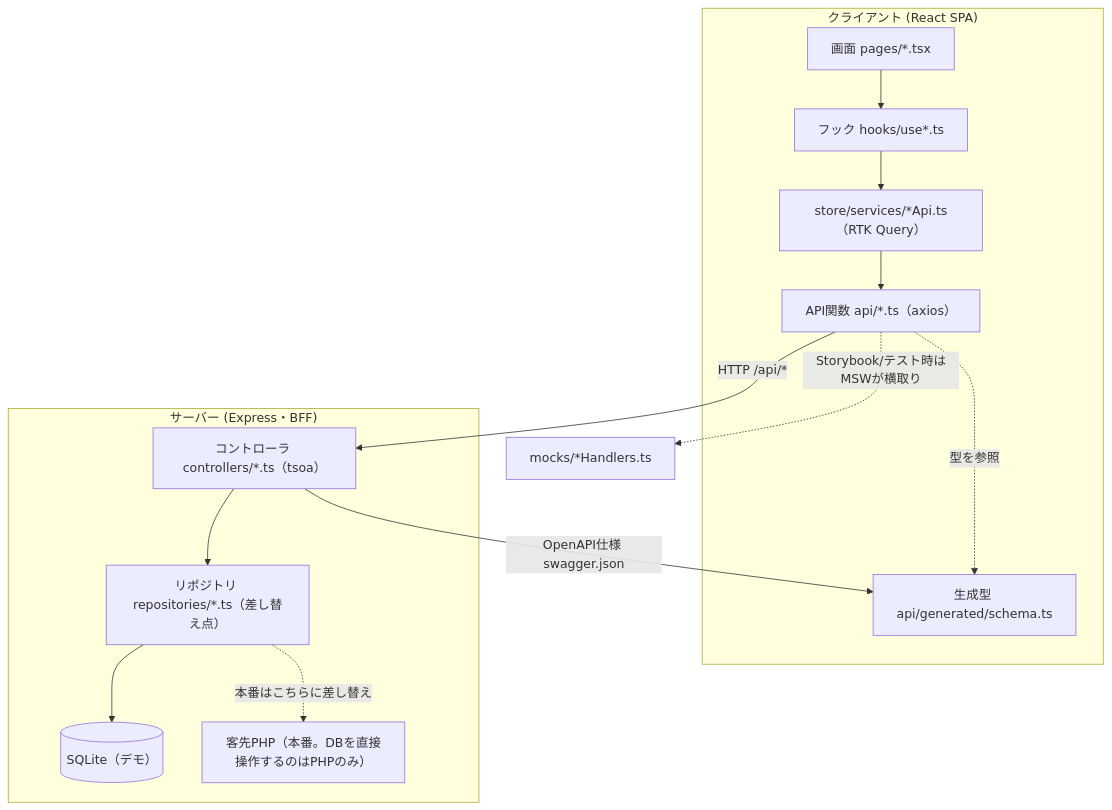
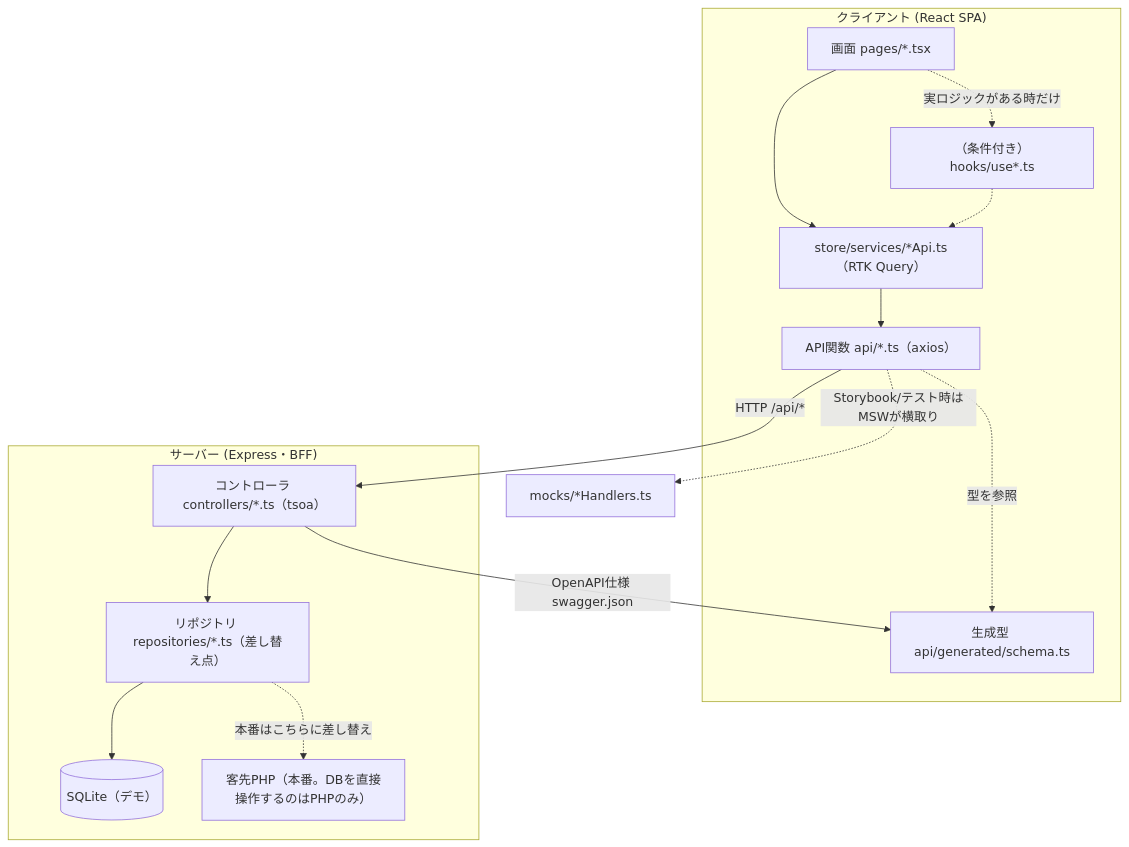
One commit to katsya1117/dmt changed the diagram in docs/design/07_アプリケーション方式設計書.md. Above: the diagram before and after it, drawn with Mermaid. The commit also changed other lines of this file and 24 other files, not shown here.

````diff
--- a/docs/design/07_アプリケーション方式設計書.md
+++ b/docs/design/07_アプリケーション方式設計書.md
@@ -19,26 +20,26 @@
 ```mermaid
 flowchart TB
   subgraph client["クライアント (React SPA)"]
     Page["画面 pages/*.tsx"]
-    Hook["フック hooks/use*.ts"]
     RtkApi["store/services/*Api.ts（RTK Query）"]
     Api["API関数 api/*.ts（axios）"]
     Schema["生成型 api/generated/schema.ts"]
-    Page --> Hook --> RtkApi --> Api
+    Page --> RtkApi --> Api
+    Page -.->|"実ロジックがある時だけ"| Hook["（条件付き）hooks/use*.ts"] -.-> RtkApi
     Api -. 型を参照 .-> Schema
   end
 
   subgraph server["サーバー (Express・BFF)"]
     Ctrl["コントローラ controllers/*.ts（tsoa）"]
     Repo["リポジトリ repositories/*.ts（差し替え点）"]
     SQLite[("SQLite（デモ）")]
     PHP["客先PHP（本番。DBを直接操作するのはPHPのみ）"]
     Ctrl --> Repo
     Repo --> SQLite
     Repo -.->|"本番はこちらに差し替え"| PHP
   end
 
   Api -->|"HTTP /api/*"| Ctrl
   Ctrl -->|"OpenAPI仕様 swagger.json"| Schema
   Api -. "Storybook/テスト時はMSWが横取り" .-> MSW["mocks/*Handlers.ts"]
 ```
````
